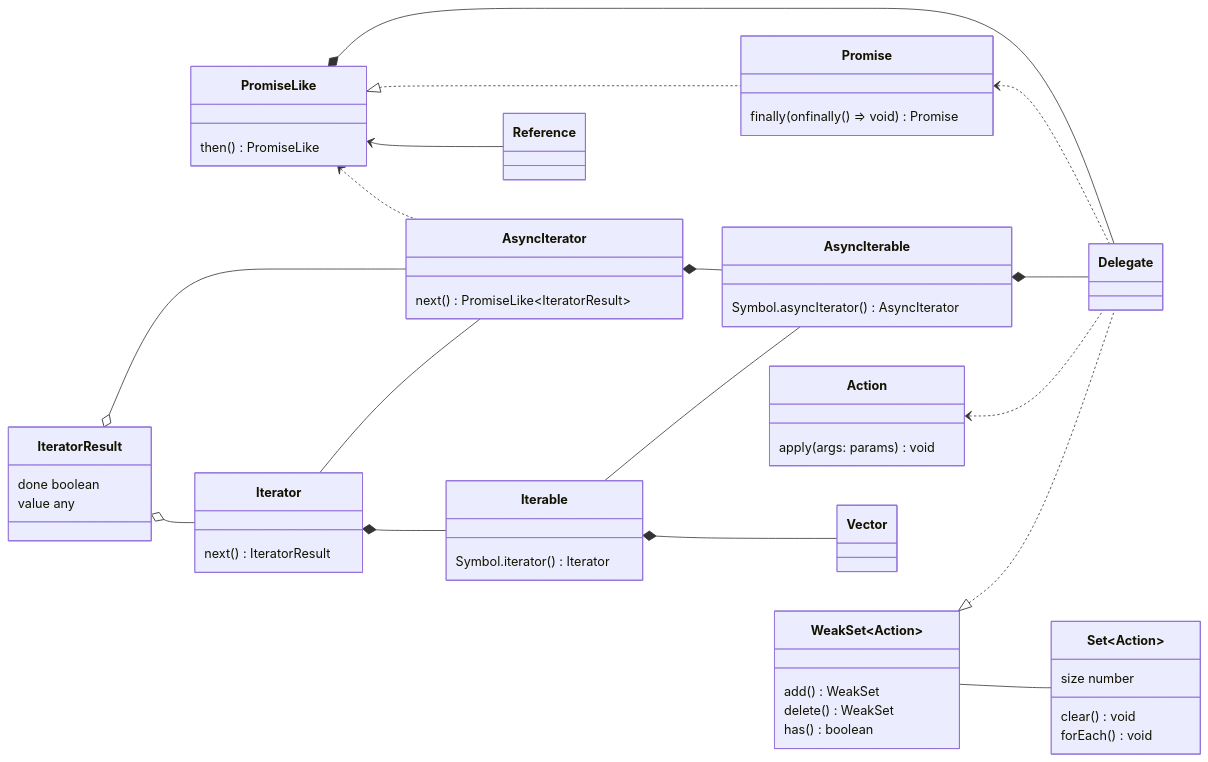
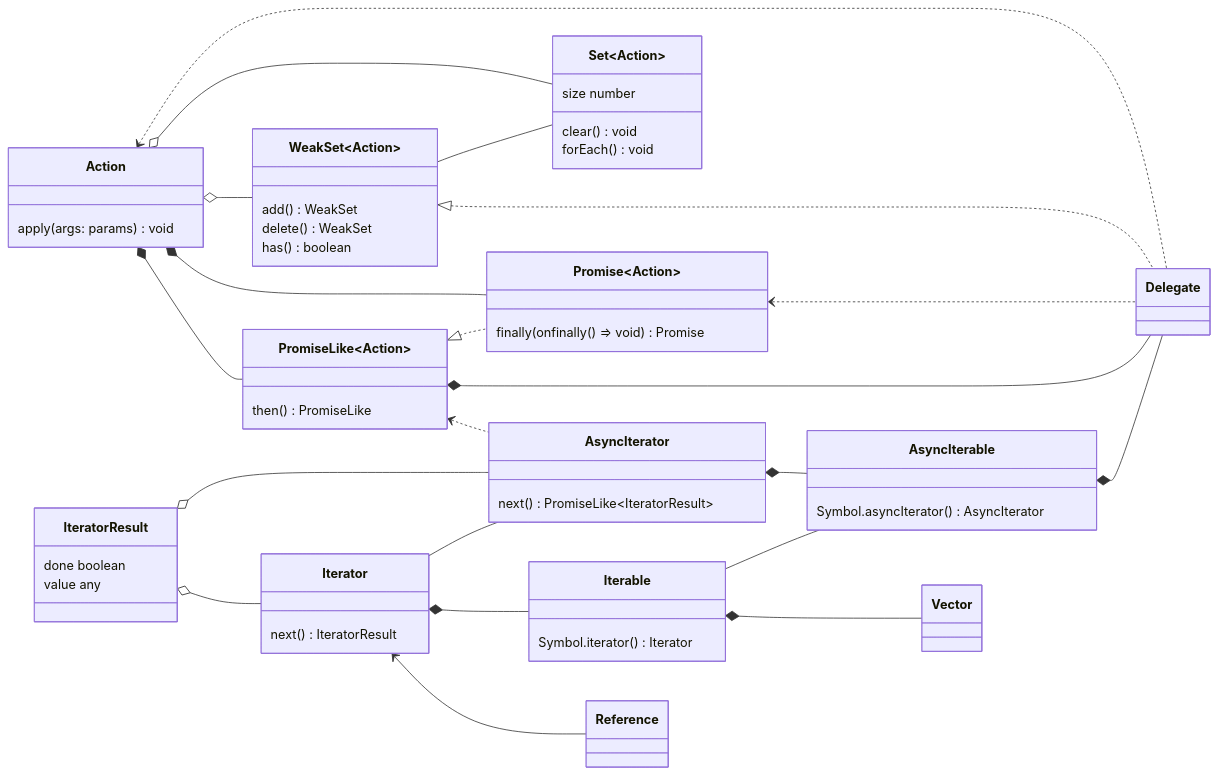
The fourth of 4 diagrams in README.md (domrally/peekeasy), drawn with Mermaid before and after one commit.

````diff
--- a/README.md
+++ b/README.md
@@ -205,62 +205,66 @@
 ```mermaid
 classDiagram
     direction LR
-    PromiseLike <|.. Promise
-    PromiseLike *-- Delegate
-    Promise <.. Delegate
-    PromiseLike <.. AsyncIterator
+    PromiseLike~Action~ <|.. Promise~Action~
+    PromiseLike~Action~ *-- Delegate
+    Promise~Action~ <.. Delegate
+    PromiseLike~Action~ <.. AsyncIterator
     IteratorResult o-- AsyncIterator
     Iterator -- AsyncIterator
     AsyncIterator *-- AsyncIterable
     Iterable -- AsyncIterable
     AsyncIterable *-- Delegate
     IteratorResult o-- Iterator
     Iterator *-- Iterable
     Action <.. Delegate
     WeakSet~Action~ -- Set~Action~
     WeakSet~Action~ <|.. Delegate
-    PromiseLike <-- Reference
+	 Action o-- Set~Action~
+	 Action o-- WeakSet~Action~
+	 Action *-- Promise~Action~
+	 Action *-- PromiseLike~Action~
+    Iterator <-- Reference
     Iterable *-- Vector
     class IteratorResult {
         done boolean
         value any
     }
     class AsyncIterable {
         Symbol.asyncIterator() AsyncIterator
     }
     class Iterable {
         Symbol.iterator() Iterator
     }
     class Iterator {
         next() IteratorResult
     }
     class AsyncIterator {
         next() PromiseLike~IteratorResult~
     }
-    class PromiseLike {
+    class PromiseLike~Action~ {
         then() PromiseLike
     }
-    class Promise {
+    class Promise~Action~ {
         finally(onfinally () => void) Promise
     }
     class WeakSet {
         add() WeakSet
         delete() WeakSet
         has() boolean
     }
     class Set {
         size number
         clear() void
         forEach() void
     }
     class Action {
         apply(args: params) void
     }
 	 link Action "https://github.com/domrally/peekeasy/blob/main/src/action.ts" "action.ts"
     class Delegate
     link Delegate "https://github.com/domrally/peekeasy/blob/main/src/delegate.ts" "delegate.ts"
     class Vector
     link Vector "https://github.com/domrally/peekeasy/blob/main/src/vector.ts" "vector.ts"
 	 class Reference
 	 link Reference "https://github.com/domrally/peekeasy/blob/main/src/reference.ts" "reference.ts"
 ```
````
